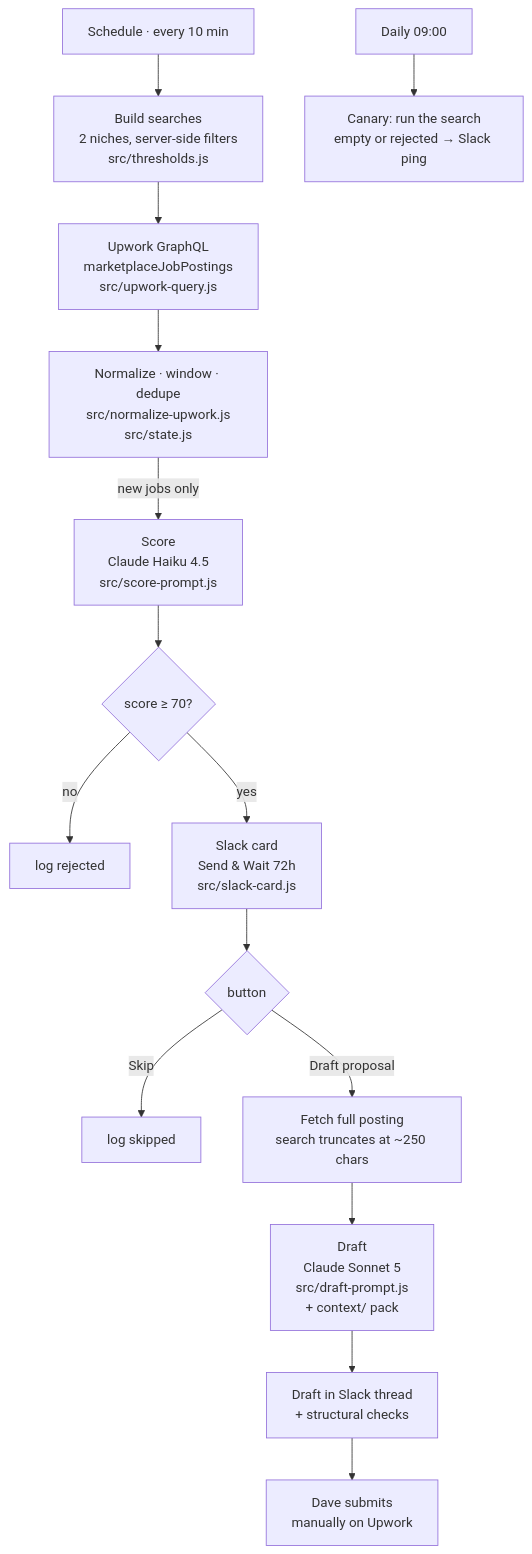
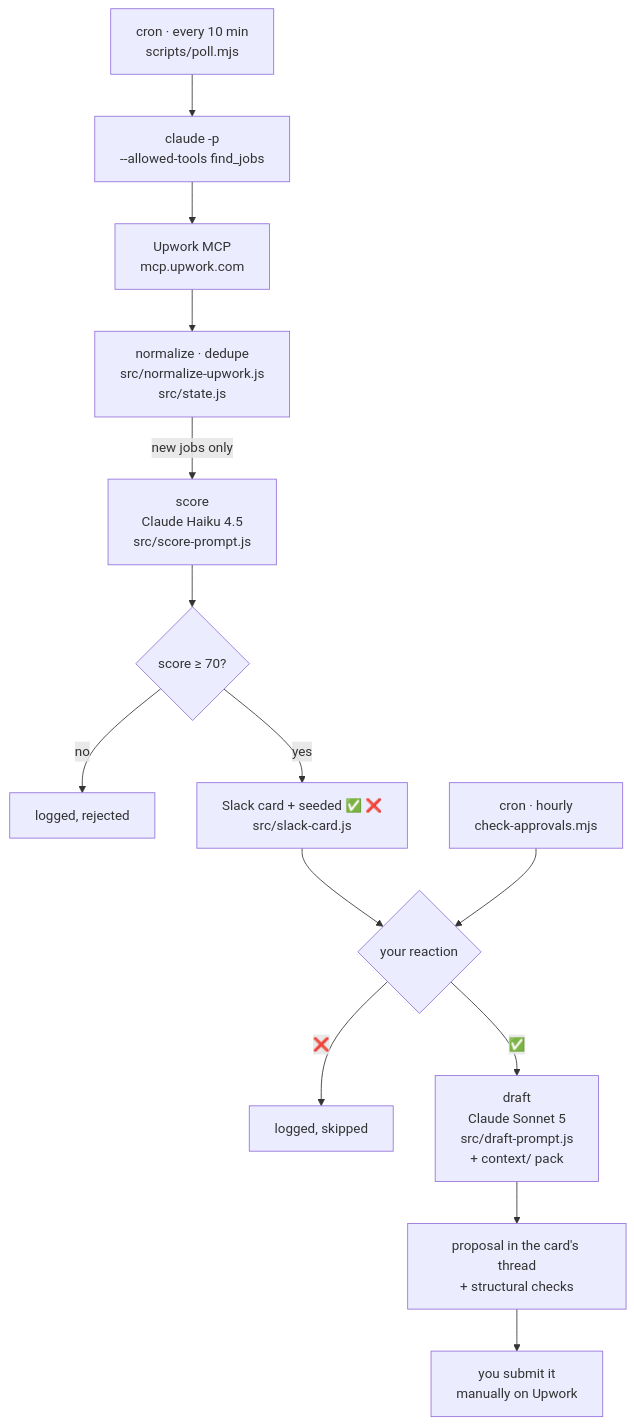
Before and after one commit to davehecker-main/upwork-job-pipeline: the diagram in README.md, drawn with Mermaid. The commit also changed other lines of this file and 24 other files, not shown here.

````diff
--- a/README.md
+++ b/README.md
@@ -19,17 +13,16 @@
 ```mermaid
 flowchart TD
-    S[Schedule · every 10 min] --> Q[Build searches<br/>2 niches, server-side filters<br/>src/thresholds.js]
-    Q --> U[Upwork GraphQL<br/>marketplaceJobPostings<br/>src/upwork-query.js]
-    U --> N[Normalize · window · dedupe<br/>src/normalize-upwork.js<br/>src/state.js]
-    N -->|new jobs only| C[Score<br/>Claude Haiku 4.5<br/>src/score-prompt.js]
+    S[cron · every 10 min<br/>scripts/poll.mjs] --> M["claude -p<br/>--allowed-tools find_jobs"]
+    M --> U[Upwork MCP<br/>mcp.upwork.com]
+    U --> N[normalize · dedupe<br/>src/normalize-upwork.js<br/>src/state.js]
+    N -->|new jobs only| C[score<br/>Claude Haiku 4.5<br/>src/score-prompt.js]
     C --> T{score ≥ 70?}
-    T -->|no| R[log rejected]
-    T -->|yes| K[Slack card<br/>Send &amp; Wait 72h<br/>src/slack-card.js]
-    K --> A{button}
-    A -->|Skip| X[log skipped]
-    A -->|Draft proposal| F[Fetch full posting<br/>search truncates at ~250 chars]
-    F --> D[Draft<br/>Claude Sonnet 5<br/>src/draft-prompt.js<br/>+ context/ pack]
-    D --> P[Draft in Slack thread<br/>+ structural checks]
-    P --> H[Dave submits<br/>manually on Upwork]
-    Z[Daily 09:00] --> Y[Canary: run the search<br/>empty or rejected → Slack ping]
+    T -->|no| R[logged, rejected]
+    T -->|yes| K[Slack card + seeded ✅ ❌<br/>src/slack-card.js]
+    K --> A{your reaction}
+    A -->|❌| X[logged, skipped]
+    A -->|✅| D[draft<br/>Claude Sonnet 5<br/>src/draft-prompt.js<br/>+ context/ pack]
+    D --> P[proposal in the card's thread<br/>+ structural checks]
+    P --> H[you submit it<br/>manually on Upwork]
+    Q[cron · hourly<br/>check-approvals.mjs] --> A
 ```
````
